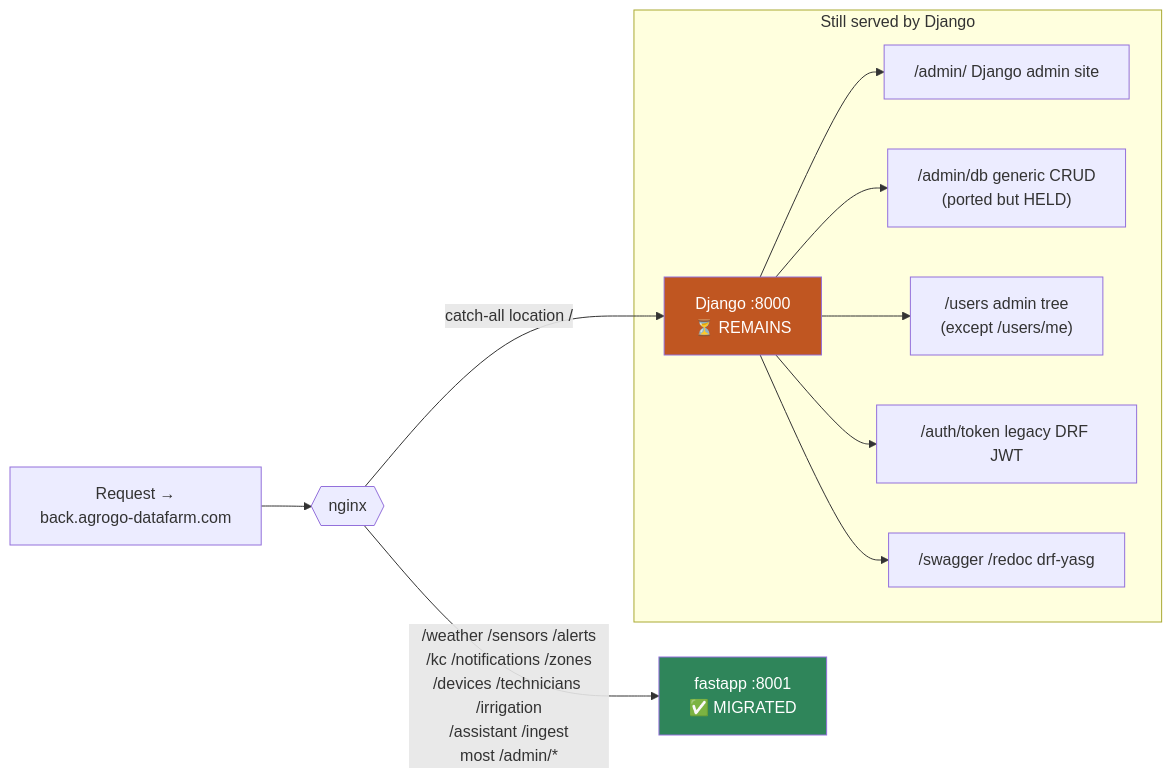
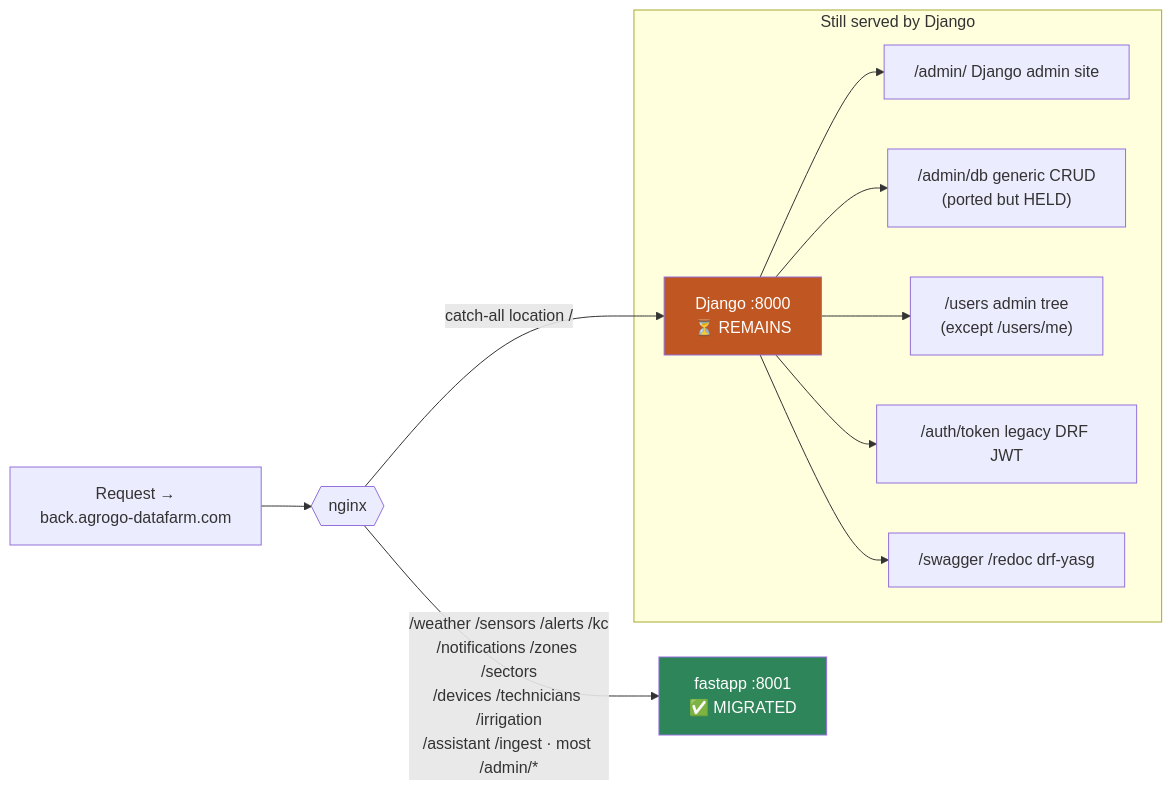
Before and after one commit to AgriLogy/.github: the third of 10 diagrams in ARCHITECTURE.md, drawn with Mermaid. The commit also changed other lines of this file and 1 other file, not shown here.

First line of the commit message:
docs: refresh ARCHITECTURE.md and add CONTRIBUTING.md (#5)

````diff
--- a/ARCHITECTURE.md
+++ b/ARCHITECTURE.md
@@ -92,19 +135,19 @@
 ```mermaid
 flowchart LR
     req["Request →<br/>back.agrogo-datafarm.com"] --> nginx{{nginx}}
 
-    nginx -->|"/weather /sensors /alerts<br/>/kc /notifications /zones<br/>/devices /technicians /irrigation<br/>/assistant /ingest<br/>most /admin/*"| fast["fastapp :8001<br/>✅ MIGRATED"]
+    nginx -->|"/weather /sensors /alerts /kc<br/>/notifications /zones /sectors<br/>/devices /technicians /irrigation<br/>/assistant /ingest · most /admin/*"| fast["fastapp :8001<br/>✅ MIGRATED"]
 
     nginx -->|"catch-all location /"| dj["Django :8000<br/>⏳ REMAINS"]
 
     subgraph remains["Still served by Django"]
         dj --> a1["/admin/ Django admin site"]
         dj --> a2["/admin/db generic CRUD<br/>(ported but HELD)"]
         dj --> a3["/users admin tree<br/>(except /users/me)"]
         dj --> a4["/auth/token legacy DRF JWT"]
         dj --> a5["/swagger /redoc drf-yasg"]
     end
 
     style fast fill:#2f855a,color:#fff
     style dj fill:#c05621,color:#fff
 ```
````
